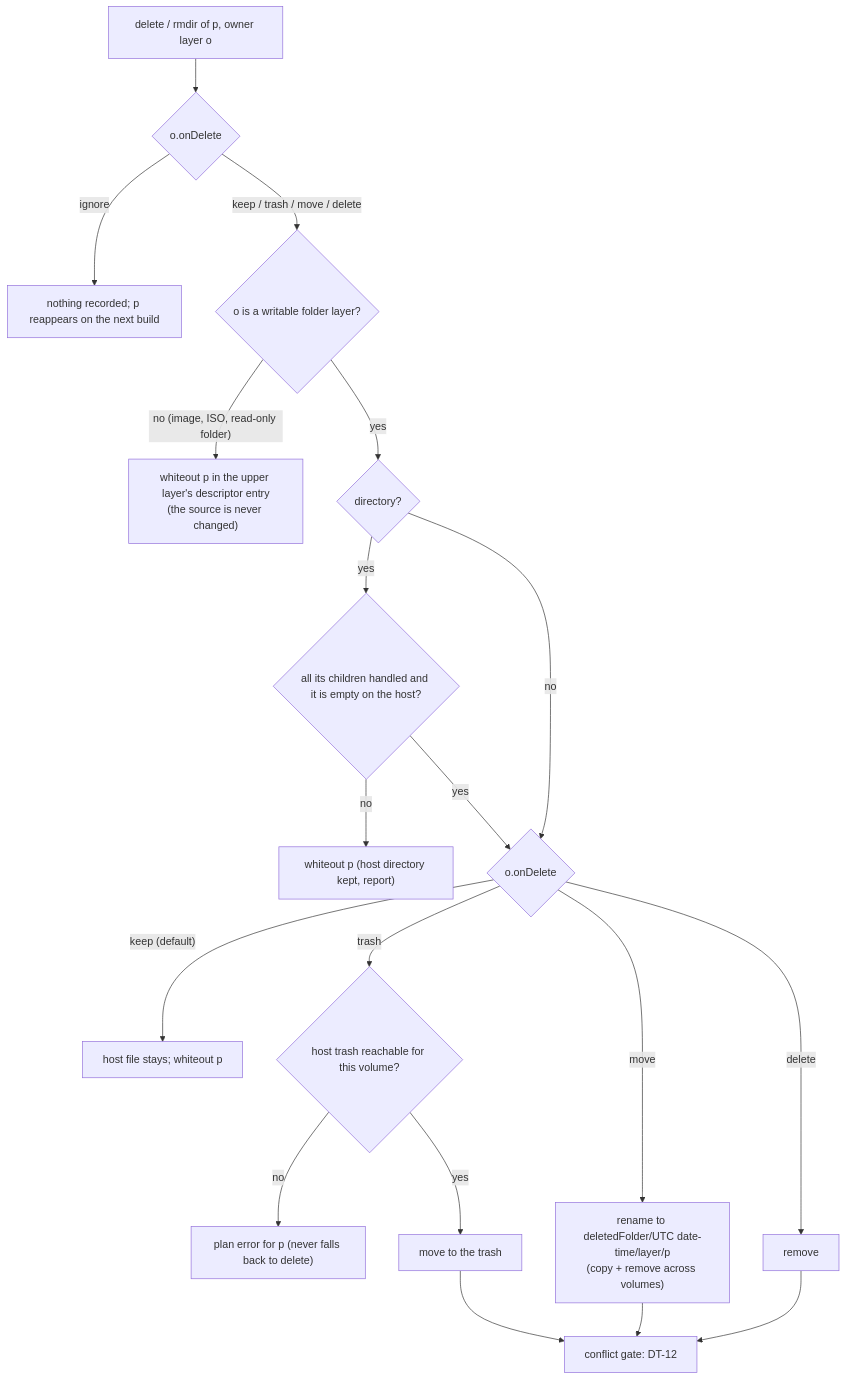
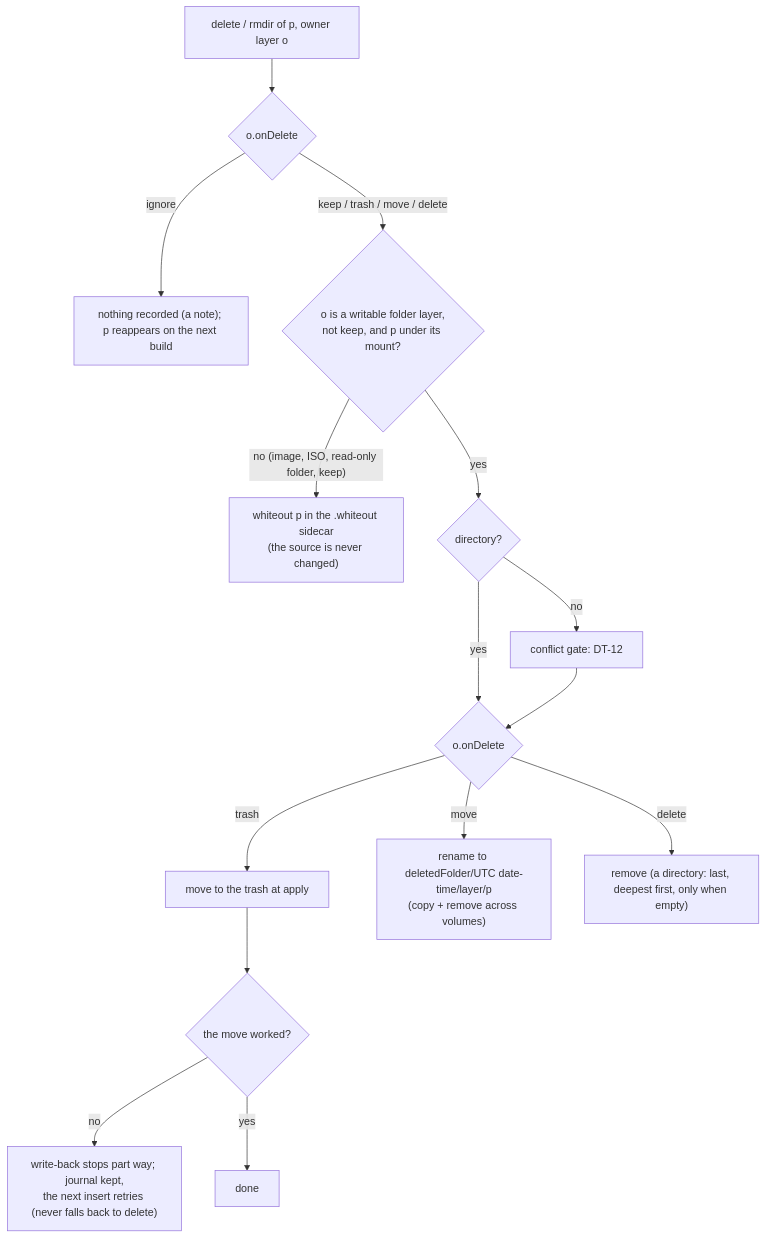
Before and after one commit to alfishe/unreal-ng: the sixth of 7 diagrams in docs/inprogress/2026-10-05-media-multisource/flatten-strategies.md, drawn with Mermaid. The commit also changed other lines of this file and 57 other files, not shown here.

````diff
--- a/docs/inprogress/2026-10-05-media-multisource/flatten-strategies.md
+++ b/docs/inprogress/2026-10-05-media-multisource/flatten-strategies.md
@@ -294,21 +469,17 @@
 ```mermaid
 flowchart TD
     A["delete / rmdir of p, owner layer o"] --> P{"o.onDelete"}
-    P -->|"ignore"| IG["nothing recorded; p reappears on the next build"]
-    P -->|"keep / trash / move / delete"| W{"o is a writable folder layer?"}
-    W -->|"no (image, ISO, read-only folder)"| WO["whiteout p in the upper layer's descriptor entry<br/>(the source is never changed)"]
+    P -->|"ignore"| IG["nothing recorded (a note); p reappears on the next build"]
+    P -->|"keep / trash / move / delete"| W{"o is a writable folder layer,<br/>not keep, and p under its mount?"}
+    W -->|"no (image, ISO, read-only folder, keep)"| WO["whiteout p in the .whiteout sidecar<br/>(the source is never changed)"]
     W -->|"yes"| D{"directory?"}
-    D -->|"yes"| D1{"all its children handled and it is empty on the host?"}
-    D1 -->|"no"| D2["whiteout p (host directory kept, report)"]
-    D1 -->|"yes"| K
-    D -->|"no"| K{"o.onDelete"}
-    K -->|"keep (default)"| KW["host file stays; whiteout p"]
-    K -->|"trash"| T1{"host trash reachable for this volume?"}
-    T1 -->|"no"| TE["plan error for p (never falls back to delete)"]
-    T1 -->|"yes"| TT["move to the trash"]
+    D -->|"yes"| K
+    D -->|"no"| G0["conflict gate: DT-12"]
+    G0 --> K{"o.onDelete"}
+    K -->|"trash"| TT["move to the trash at apply"]
+    TT --> T1{"the move worked?"}
+    T1 -->|"no"| TE["write-back stops part way; journal kept,<br/>the next insert retries (never falls back to delete)"]
+    T1 -->|"yes"| DONE["done"]
     K -->|"move"| MV["rename to deletedFolder/UTC date-time/layer/p<br/>(copy + remove across volumes)"]
-    K -->|"delete"| DL["remove"]
-    TT --> G["conflict gate: DT-12"]
-    MV --> G
-    DL --> G
+    K -->|"delete"| DL["remove (a directory: last, deepest first, only when empty)"]
 ```
````
